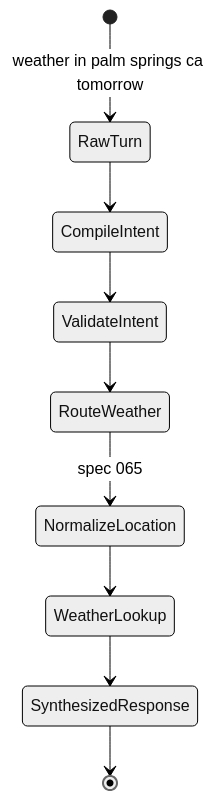
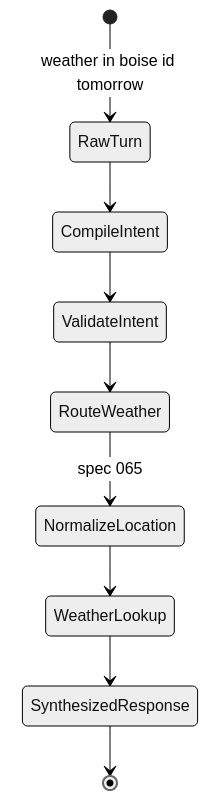
One commit to pkirsanov/smackerel changed the first of 3 diagrams in specs/068-structured-intent-compiler/spec.md. Above: the diagram before and after it, drawn with Mermaid (neutral theme). The commit also changed other lines of this file and 79 other files, not shown here.

````diff
--- a/specs/068-structured-intent-compiler/spec.md
+++ b/specs/068-structured-intent-compiler/spec.md
@@ -472,11 +472,11 @@
 ```mermaid
 stateDiagram-v2
-  [*] --> RawTurn: weather in palm springs ca tomorrow
+  [*] --> RawTurn: weather in boise id tomorrow
   RawTurn --> CompileIntent
   CompileIntent --> ValidateIntent
   ValidateIntent --> RouteWeather
   RouteWeather --> NormalizeLocation: spec 065
   NormalizeLocation --> WeatherLookup
   WeatherLookup --> SynthesizedResponse
   SynthesizedResponse --> [*]
 ```
````
